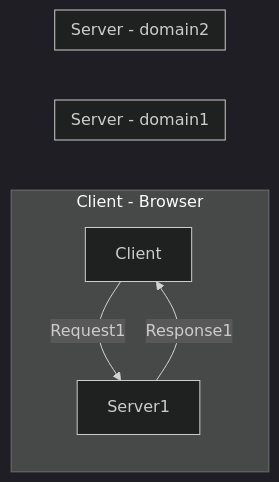
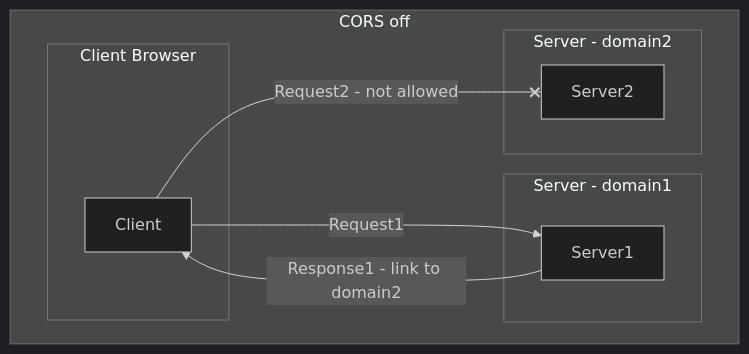
The fifth of 6 diagrams in pages/Week02Notes.md (rumq/spring-boot-in-3-weeks), drawn with Mermaid (dark theme) before and after one commit. The commit also changed other lines of this file, not shown here.

````diff
--- a/pages/Week02Notes.md
+++ b/pages/Week02Notes.md
@@ -308,12 +302,20 @@
 ```mermaid
 
 flowchart LR
-    subgraph "Client - Browser"
-        Client --> |Request1| Server1
-    end
-    subgraph "Server - domain1"
-        Server1 --> |Response1 |Client
-    end
-    subgraph "Server - domain2"
-    end
+    subgraph "CORS off"
+        direction LR
+        subgraph CB[Client Browser]
+            Client
+        end
+        subgraph S1[Server - domain1]
+            Server1
+        end    
+        subgraph S2[Server - domain2]
+            Server2
+        end
+    end    
+    Client --> |Request1| Server1        
+    Server1 --> |Response1 - link to domain2| Client
+    Client --x |Request2 - not allowed| Server2
+
 ```
````
